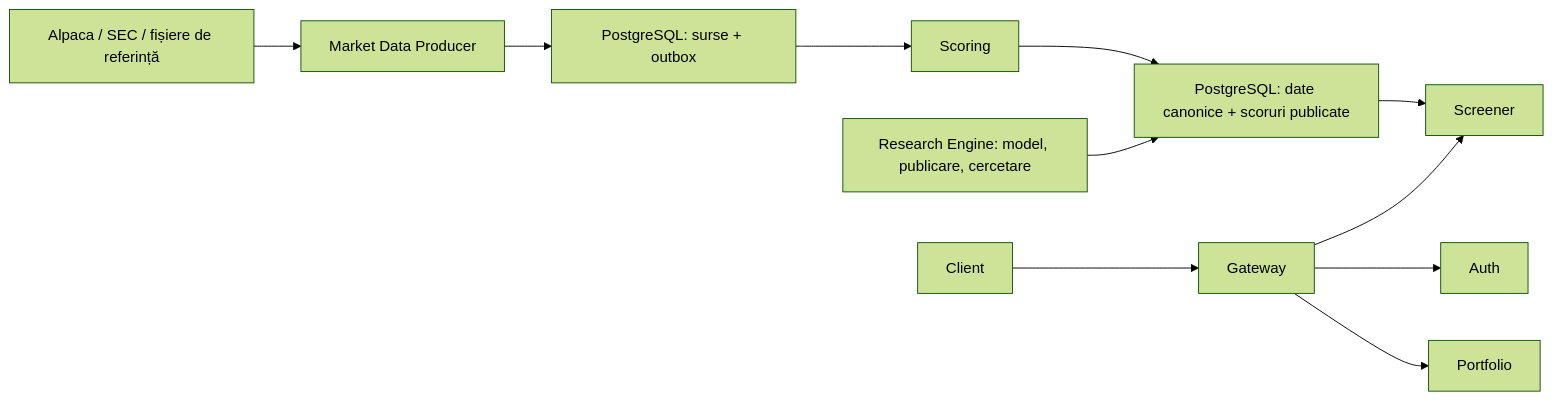
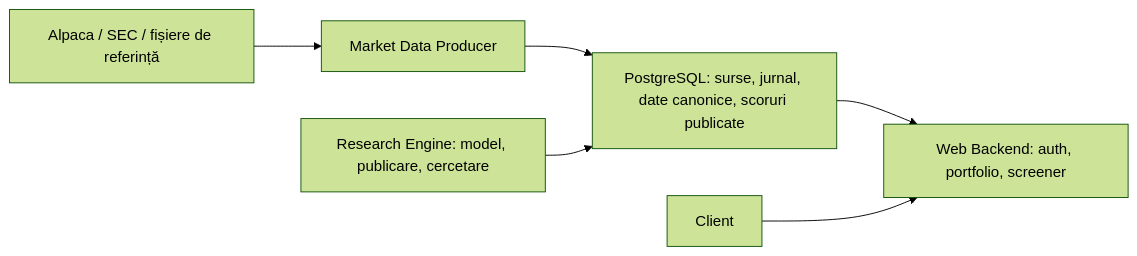
One commit to Cata77/Quantitative-stock-analysis-platform changed the diagram in Documentation/Application.md. Above: the diagram before and after it, drawn with Mermaid (forest theme). The commit also changed other lines of this file and 226 other files, not shown here.

````diff
--- a/Documentation/Application.md
+++ b/Documentation/Application.md
@@ -34,13 +33,8 @@
 ```mermaid
 flowchart LR
     Sources["Alpaca / SEC / fișiere de referință"] --> Producer["Market Data Producer"]
-    Producer --> Outbox["PostgreSQL: surse + outbox"]
-    Outbox --> Scoring
-    Scoring --> DB["PostgreSQL: date canonice + scoruri publicate"]
+    Producer --> DB["PostgreSQL: surse, jurnal, date canonice, scoruri publicate"]
     Research["Research Engine: model, publicare, cercetare"] --> DB
-    DB --> Screener
-    Client --> Gateway
-    Gateway --> Auth
-    Gateway --> Portfolio
-    Gateway --> Screener
+    DB --> Web["Web Backend: auth, portfolio, screener"]
+    Client --> Web
 ```
````
